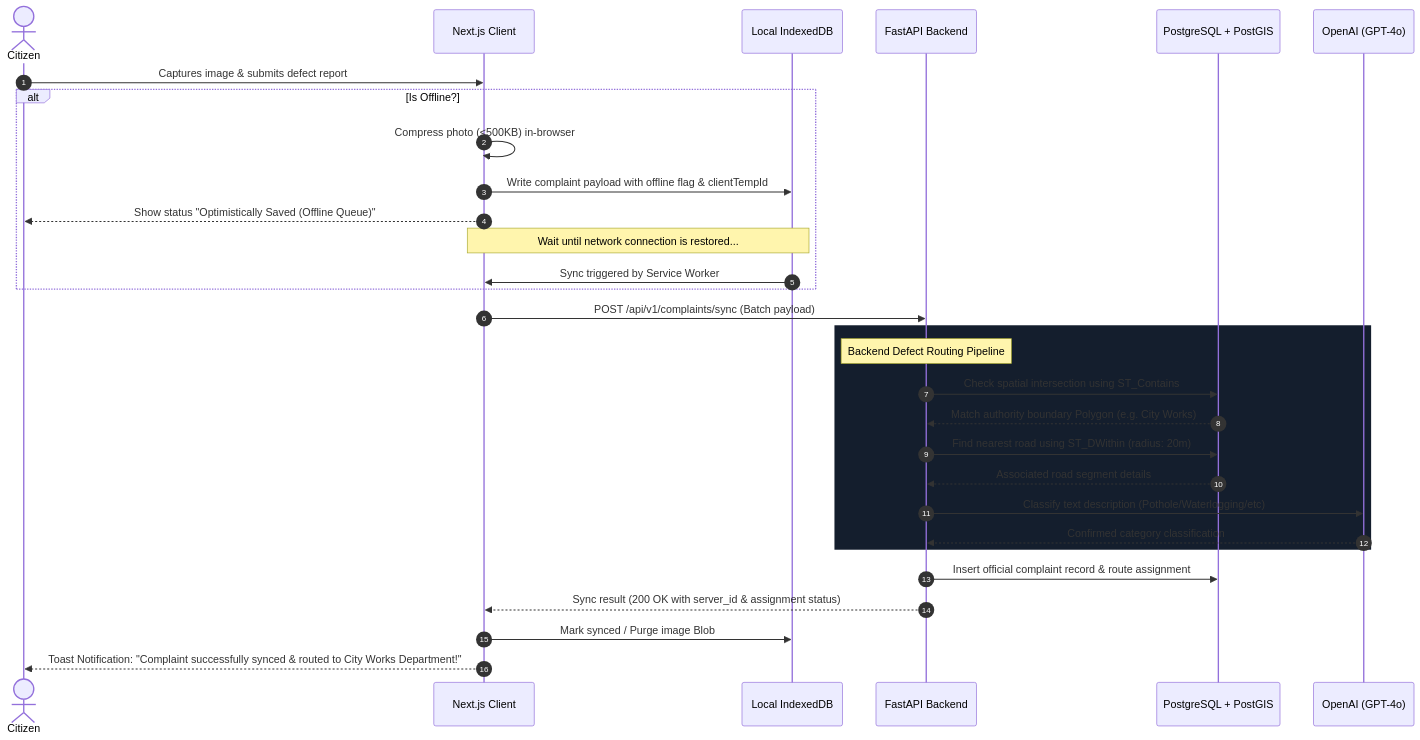
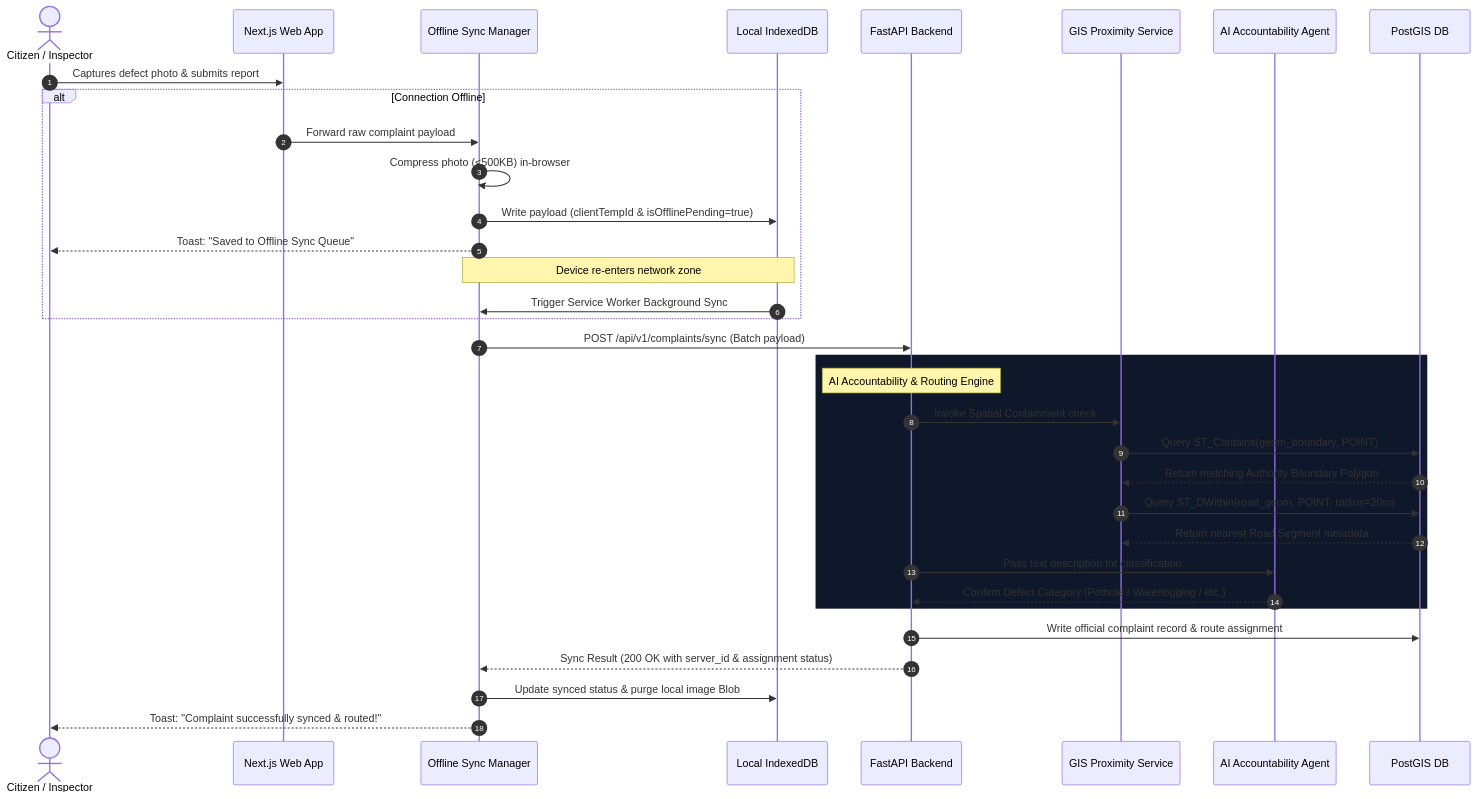
The second of 2 diagrams in README.md (Labreo/ROADWATCH), drawn with Mermaid before and after one commit. The commit also changed other lines of this file, not shown here.

Commit message:
docs: refactor README.md to update system architecture diagrams and describe smart-city platform subsystems.

````diff
--- a/README.md
+++ b/README.md
@@ -66,35 +91,40 @@
 ```mermaid
 sequenceDiagram
     autonumber
-    actor Citizen
-    participant Client as Next.js Client
-    participant IDB as Local IndexedDB
+    actor Citizen as Citizen / Inspector
+    participant PWA as Next.js Web App
+    participant Sync as Offline Sync Manager
+    participant DB_Loc as Local IndexedDB
     participant API as FastAPI Backend
-    participant DB as PostgreSQL + PostGIS
-    participant LLM as OpenAI (GPT-4o)
+    participant Geo as GIS Proximity Service
+    participant LLM as AI Accountability Agent
+    participant DB as PostGIS DB
 
-    Citizen->>Client: Captures image & submits defect report
-    alt Is Offline?
-        Client->>Client: Compress photo (<500KB) in-browser
-        Client->>IDB: Write complaint payload with offline flag & clientTempId
-        Client-->>Citizen: Show status "Optimistically Saved (Offline Queue)"
-        Note over Client, IDB: Wait until network connection is restored...
-        IDB->>Client: Sync triggered by Service Worker
+    Citizen->>PWA: Captures defect photo & submits report
+    alt Connection Offline
+        PWA->>Sync: Forward raw complaint payload
+        Sync->>Sync: Compress photo (<500KB) in-browser
+        Sync->>DB_Loc: Write payload (clientTempId & isOfflinePending=true)
+        Sync-->>Citizen: Toast: "Saved to Offline Sync Queue"
+        Note over Sync, DB_Loc: Device re-enters network zone
+        DB_Loc->>Sync: Trigger Service Worker Background Sync
     end
-    Client->>API: POST /api/v1/complaints/sync (Batch payload)
     
-    rect rgb(20, 30, 45)
-        Note over API: Backend Defect Routing Pipeline
-        API->>DB: Check spatial intersection using ST_Contains
-        DB-->>API: Match authority boundary Polygon (e.g. City Works)
-        API->>DB: Find nearest road using ST_DWithin (radius: 20m)
-        DB-->>API: Associated road segment details
-        API->>LLM: Classify text description (Pothole/Waterlogging/etc)
-        LLM-->>API: Confirmed category classification
+    Sync->>API: POST /api/v1/complaints/sync (Batch payload)
+    
+    rect rgb(15, 23, 42)
+        Note over API: AI Accountability & Routing Engine
+        API->>Geo: Invoke Spatial Containment check
+        Geo->>DB: Query ST_Contains(geom_boundary, POINT)
+        DB-->>Geo: Return matching Authority Boundary Polygon
+        Geo->>DB: Query ST_DWithin(road_geom, POINT, radius=20m)
+        DB-->>Geo: Return nearest Road Segment metadata
+        API->>LLM: Pass text description for classification
+        LLM-->>API: Confirm Defect Category (Pothole / Waterlogging / etc.)
     end
 
-    API->>DB: Insert official complaint record & route assignment
-    API-->>Client: Sync result (200 OK with server_id & assignment status)
-    Client->>IDB: Mark synced / Purge image Blob
-    Client-->>Citizen: Toast Notification: "Complaint successfully synced & routed to City Works Department!"
+    API->>DB: Write official complaint record & route assignment
+    API-->>Sync: Sync Result (200 OK with server_id & assignment status)
+    Sync->>DB_Loc: Update synced status & purge local image Blob
+    Sync-->>Citizen: Toast: "Complaint successfully synced & routed!"
 ```
````
